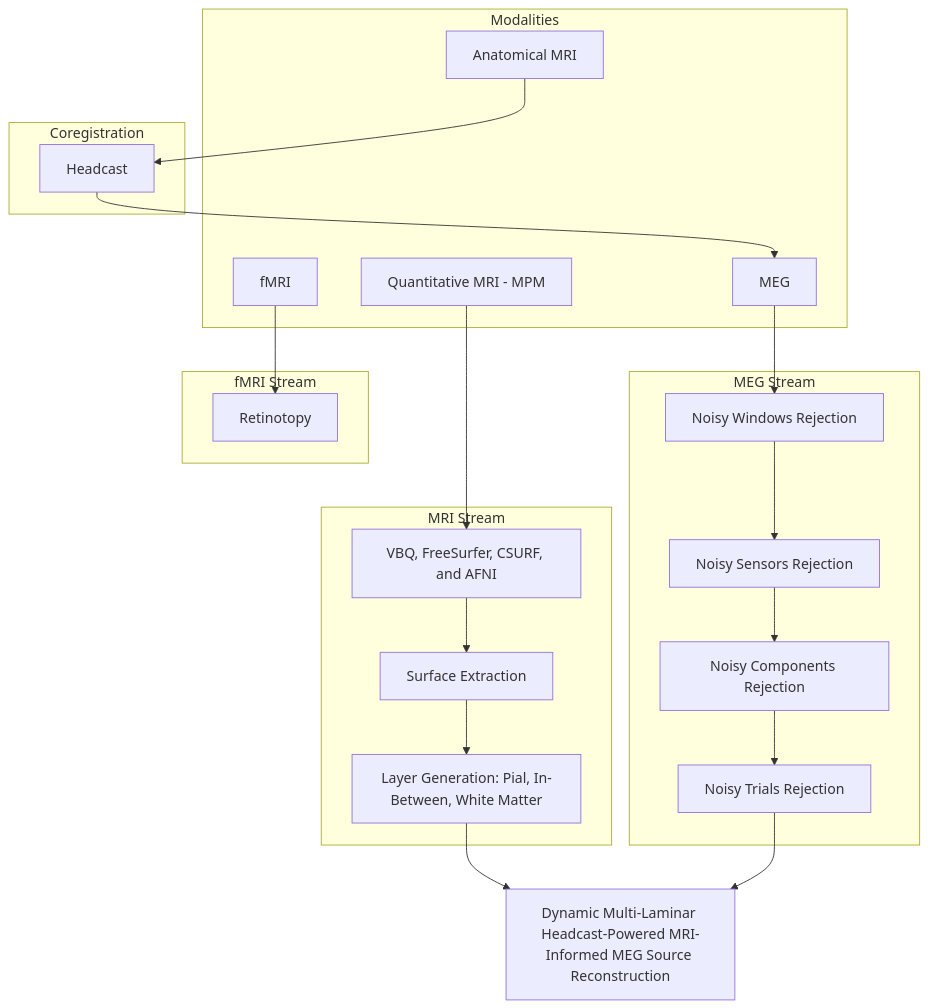
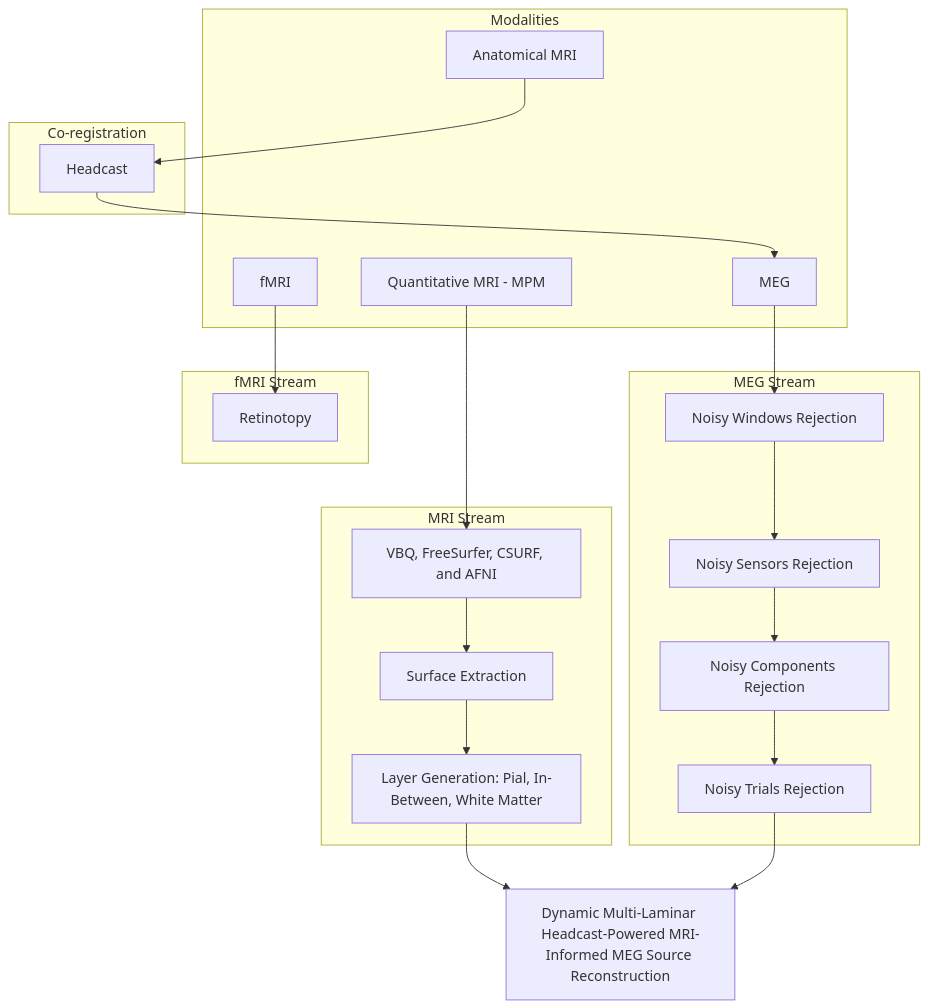
Before and after one commit to fardinafdideh/meg-laminar-dynamics: the diagram in README.md, drawn with Mermaid. The commit also changed other lines of this file, not shown here.

````diff
--- a/README.md
+++ b/README.md
@@ -19,43 +20,43 @@
 ```mermaid
 graph TD
     %% Inputs
     subgraph Modalities
     MRI[Quantitative MRI - MPM]
 	fMRI[fMRI]
 	aMRI[Anatomical MRI]
     MEG[MEG]
     end
 
     %% MEG Stream
     subgraph MEG Stream
     MEG --> win[Noisy Windows Rejection]
     win --> sen[Noisy Sensors Rejection]
     sen --> comp[Noisy Components Rejection]
 	comp --> trl[Noisy Trials Rejection]
     end
 
     %% Functional Stream
     subgraph fMRI Stream
     fMRI --> ret[Retinotopy]
     end
 
     %% Structural Stream
     subgraph MRI Stream
     MRI --> VBQ[VBQ, FreeSurfer, CSURF, and AFNI]
     VBQ --> Surf[Surface Extraction]
     Surf --> Layers[Layer Generation: Pial, In-Between, White Matter]
     end
 
 
 
 	%% coregistration
-	subgraph Coregistration
+	subgraph Co-registration
 	aMRI --> HC[Headcast]
 	end
 
     %% Fusion
     Layers --> Inv[Dynamic Multi-Laminar Headcast-Powered MRI-Informed MEG Source Reconstruction]
     trl --> Inv
 	%% HC --> win
 	HC --> MEG
 ```
````
